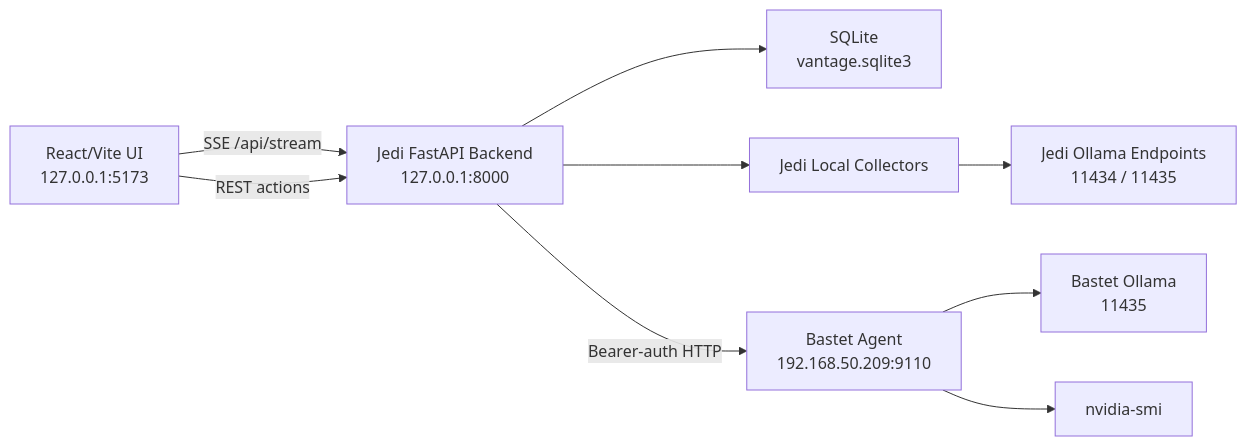
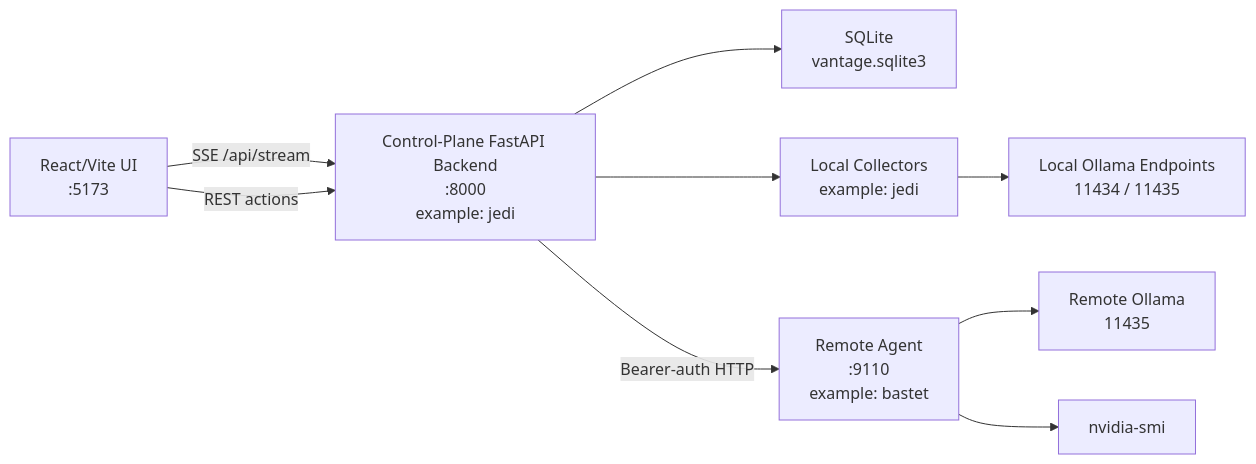
Before and after one commit to jbright471/Vantage: the first of 2 diagrams in ARCHITECTURE.md, drawn with Mermaid. The commit also changed other lines of this file and 7 other files, not shown here.

````diff
--- a/ARCHITECTURE.md
+++ b/ARCHITECTURE.md
@@ -13,20 +15,20 @@
 ```mermaid
 flowchart LR
-    Browser["React/Vite UI<br/>127.0.0.1:5173"]
-    Backend["Jedi FastAPI Backend<br/>127.0.0.1:8000"]
+    Browser["React/Vite UI<br/><operator-host>:5173"]
+    Backend["Control-Plane FastAPI Backend<br/><control-plane-host>:8000<br/>example: jedi"]
     DB["SQLite<br/>vantage.sqlite3"]
-    LocalCollectors["Jedi Local Collectors"]
-    OllamaJ["Jedi Ollama Endpoints<br/>11434 / 11435"]
-    Agent["Bastet Agent<br/>192.168.50.209:9110"]
-    OllamaB["Bastet Ollama<br/>11435"]
+    LocalCollectors["Local Collectors<br/>example: jedi"]
+    OllamaJ["Local Ollama Endpoints<br/>11434 / 11435"]
+    Agent["Remote Agent<br/><remote-agent-ip>:9110<br/>example: bastet"]
+    OllamaB["Remote Ollama<br/>11435"]
     GPU["nvidia-smi"]
 
     Browser -- "SSE /api/stream" --> Backend
     Browser -- "REST actions" --> Backend
     Backend --> DB
     Backend --> LocalCollectors
     LocalCollectors --> OllamaJ
     Backend -- "Bearer-auth HTTP" --> Agent
     Agent --> OllamaB
     Agent --> GPU
 ```
````
